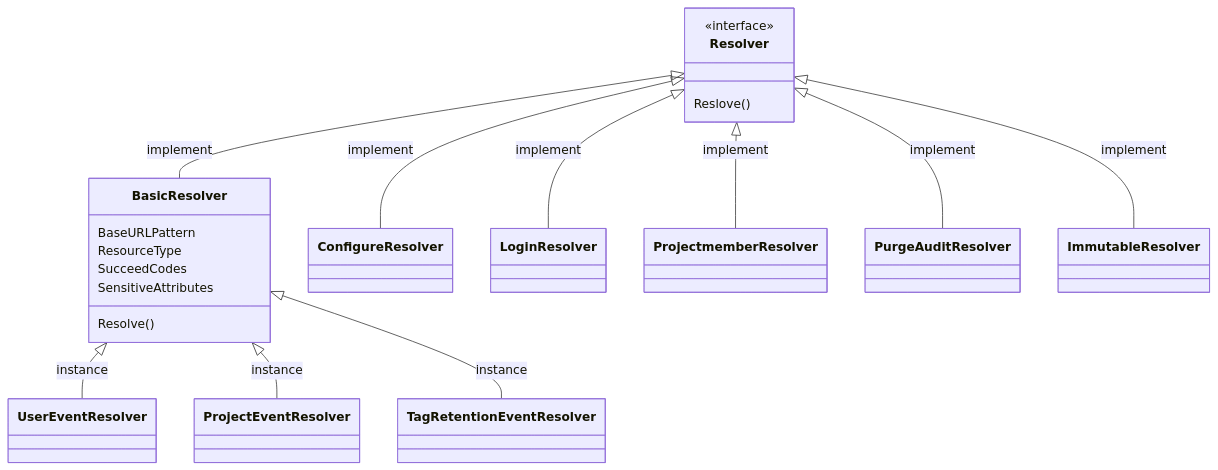
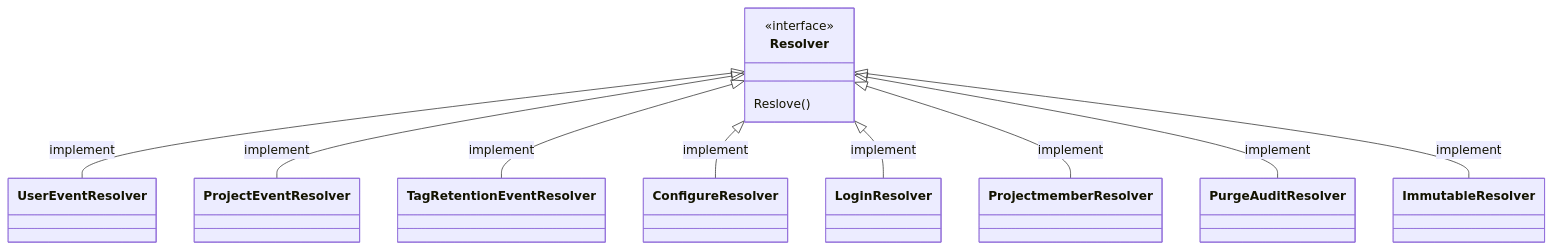
One commit to goharbor/community changed the second of 3 diagrams in proposals/new/enhance_audit_log.md. Above: the diagram before and after it, drawn with Mermaid.

Commit message:
change diagram

````diff
--- a/proposals/new/enhance_audit_log.md
+++ b/proposals/new/enhance_audit_log.md
@@ -242,23 +242,15 @@
 ```mermaid
 classDiagram
 
-Resolver <|-- BasicResolver : implement 
+Resolver <|-- UserEventResolver : implement
+Resolver <|-- ProjectEventResolver : implement 
+Resolver <|-- TagRetentionEventResolver : implement 
 <<interface>> Resolver
 Resolver <|-- ConfigureResolver : implement
 Resolver <|-- LoginResolver : implement
 Resolver <|-- ProjectmemberResolver : implement
 Resolver <|-- PurgeAuditResolver : implement
 Resolver <|-- ImmutableResolver : implement
 Resolver : Reslove()
 
-BasicResolver <|-- UserEventResolver : instance
-BasicResolver <|-- ProjectEventResolver : instance
-BasicResolver <|-- TagRetentionEventResolver : instance
-
-BasicResolver : BaseURLPattern
-BasicResolver : ResourceType
-BasicResolver : SucceedCodes
-BasicResolver : SensitiveAttributes
-BasicResolver : Resolve()
-
 ```
````
